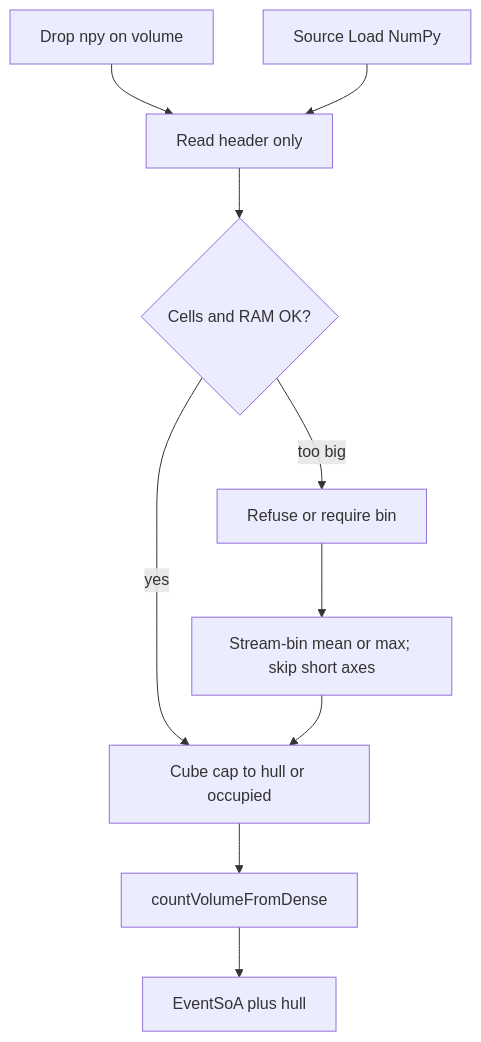
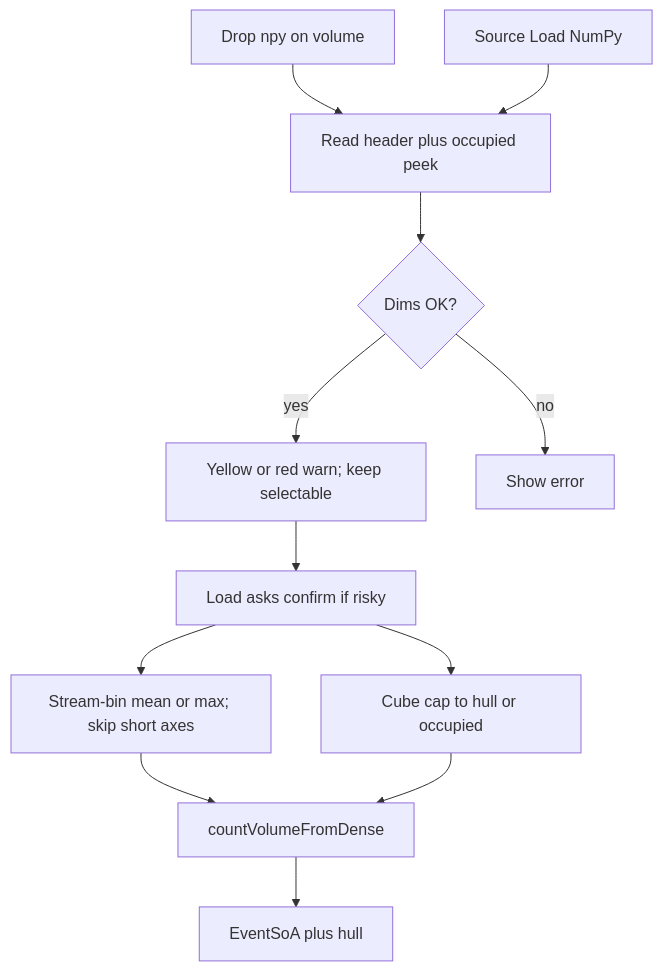
Before and after one commit to PiMaV/DONNER: diagram 15 of 25 in docs/gui.md, drawn with Mermaid. The commit also changed other lines of this file and 31 other files, not shown here.

````diff
--- a/docs/gui.md
+++ b/docs/gui.md
@@ -478,20 +485,23 @@
 ```mermaid
 flowchart TB
   drop[Drop npy on volume]
   load[Source Load NumPy]
-  peek[Read header only]
-  gate{Cells and RAM OK?}
-  refuse[Refuse or require bin]
+  peek[Read header plus occupied peek]
+  gate{Dims OK?}
+  warn[Yellow or red warn; keep selectable]
+  confirm[Load asks confirm if risky]
   bin[Stream-bin mean or max; skip short axes]
   cap[Cube cap to hull or occupied]
   sparse[countVolumeFromDense]
   soa[EventSoA plus hull]
   drop --> peek
   load --> peek
   peek --> gate
-  gate -->|yes| cap
-  gate -->|too big| refuse
-  refuse --> bin --> cap
+  gate -->|no| refuse[Show error]
+  gate -->|yes| warn --> confirm
+  confirm --> bin
+  confirm --> cap
+  bin --> sparse
   cap --> sparse
   sparse --> soa
 ```
````
